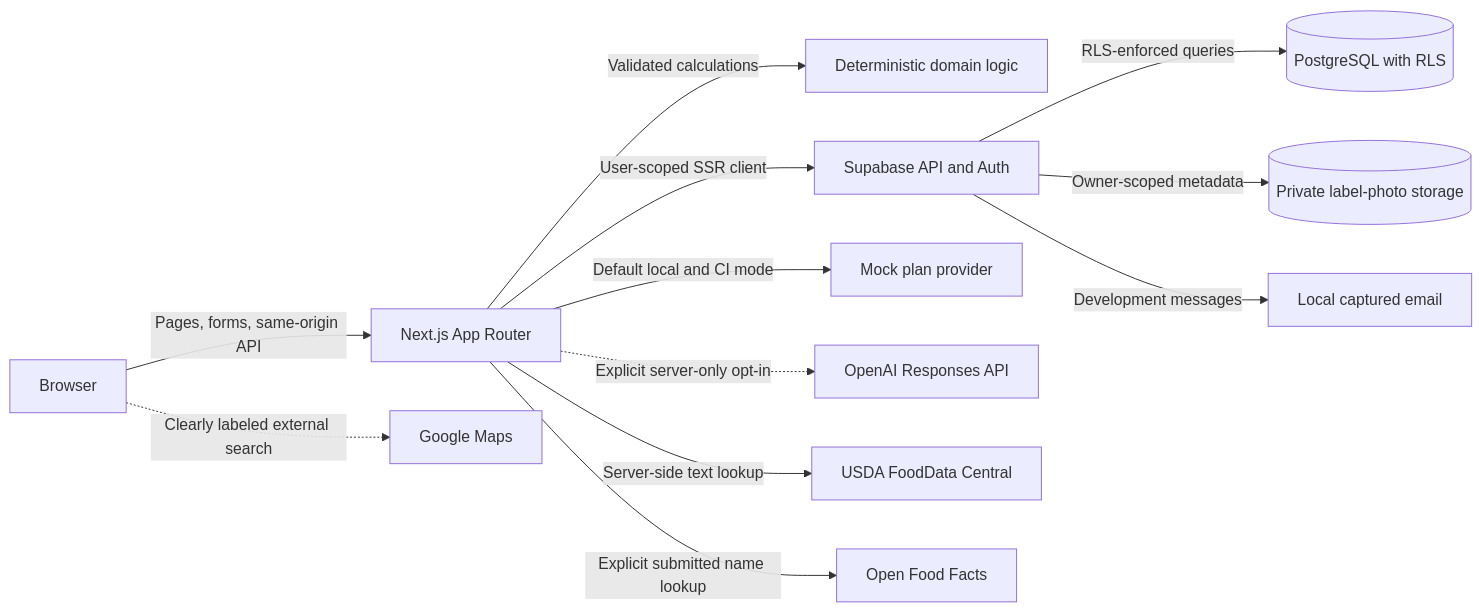
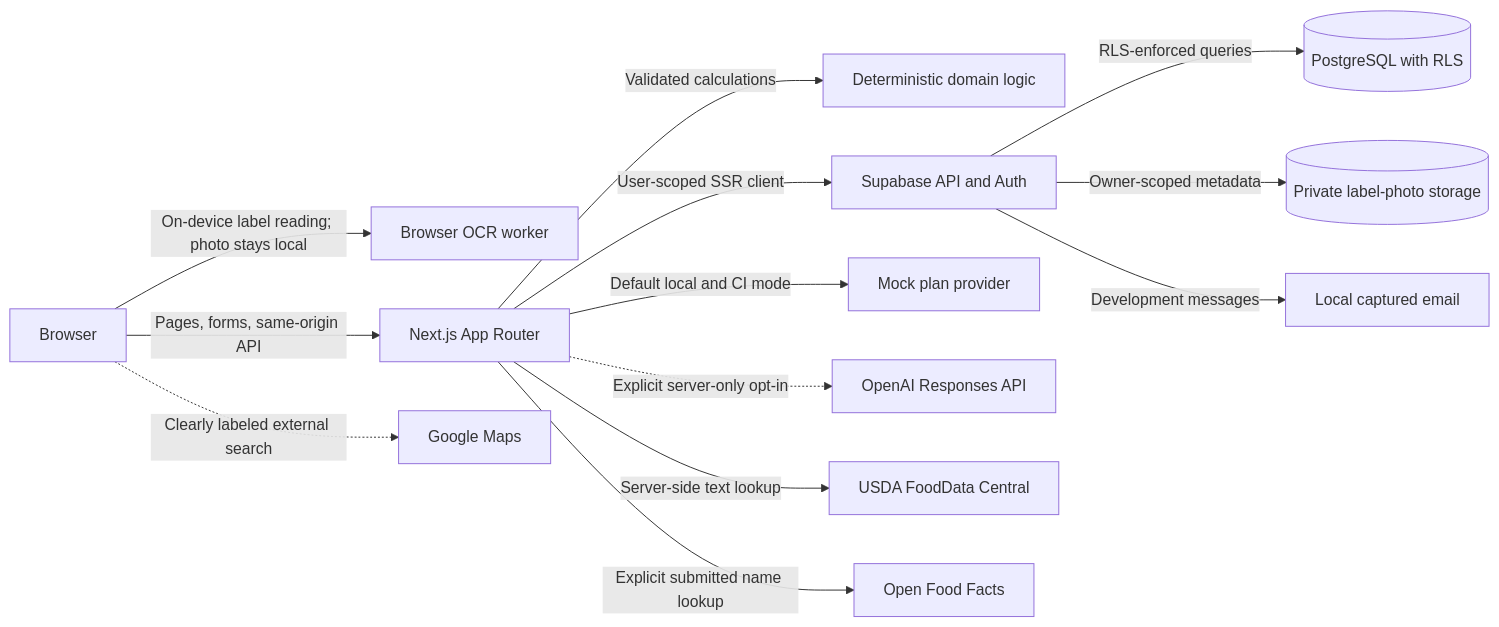
One commit to thereallinkai/Lets-Go-Green changed the diagram in README.md. Above: the diagram before and after it, drawn with Mermaid. The commit also changed other lines of this file and 78 other files, not shown here.

````diff
--- a/README.md
+++ b/README.md
@@ -65,27 +79,29 @@
 ```mermaid
 flowchart LR
   B[Browser]
+  T[Browser OCR worker]
   N[Next.js App Router]
   D[Deterministic domain logic]
   S[Supabase API and Auth]
   P[(PostgreSQL with RLS)]
   F[(Private label-photo storage)]
   M[Mock plan provider]
   O[OpenAI Responses API]
   U[USDA FoodData Central]
   X[Open Food Facts]
   G[Google Maps]
   E[Local captured email]
 
   B -->|Pages, forms, same-origin API| N
+  B -->|On-device label reading; photo stays local| T
   N -->|Validated calculations| D
   N -->|User-scoped SSR client| S
   S -->|RLS-enforced queries| P
   S -->|Owner-scoped metadata| F
   S -->|Development messages| E
   N -->|Default local and CI mode| M
   N -. Explicit server-only opt-in .-> O
   N -->|Server-side text lookup| U
   N -->|Explicit submitted name lookup| X
   B -. Clearly labeled external search .-> G
 ```
````
